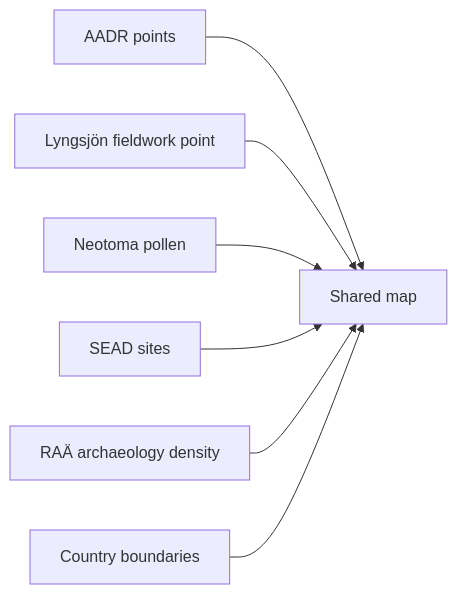
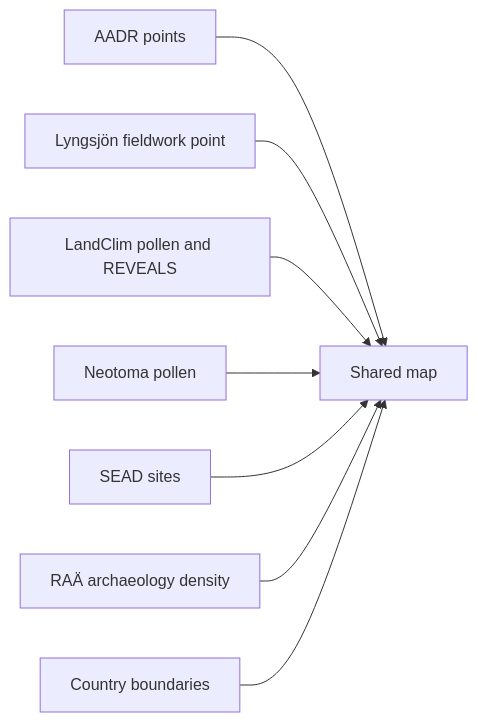
Before and after one commit to bijux/bijux-pollenomics: the diagram in docs/outputs/nordic-evidence-atlas.md, drawn with Mermaid. The commit also changed other lines of this file and 1 other file, not shown here.

````diff
--- a/docs/outputs/nordic-evidence-atlas.md
+++ b/docs/outputs/nordic-evidence-atlas.md
@@ -49,9 +48,10 @@
 ```mermaid
 flowchart LR
     AADR[AADR points] --> Map[Shared map]
     Fieldwork[Lyngsjön fieldwork point] --> Map
+    LandClim[LandClim pollen and REVEALS] --> Map
     Neotoma[Neotoma pollen] --> Map
     SEAD[SEAD sites] --> Map
     RAA[RAÄ archaeology density] --> Map
     Boundaries[Country boundaries] --> Map
 ```
````
